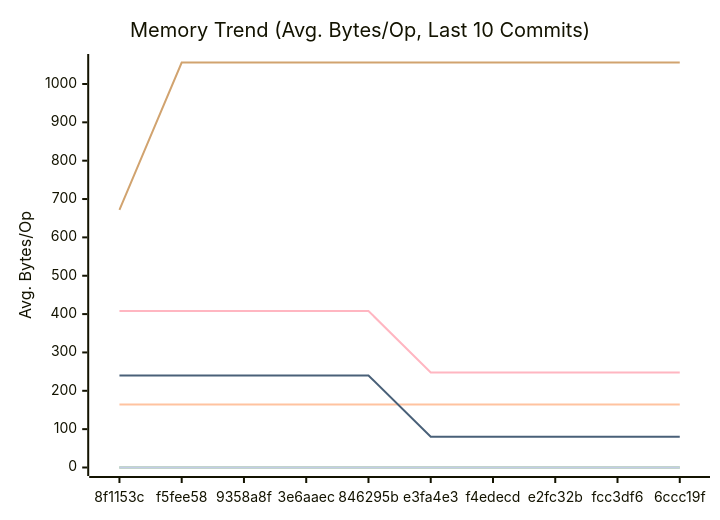
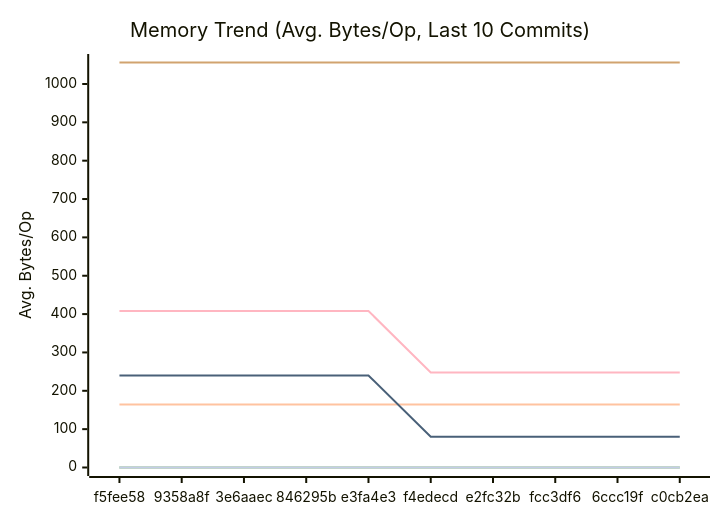
Before and after one commit to alsotoes/momo: the second of 3 diagrams in docs/PERFORMANCE.md, drawn with Mermaid. The commit also changed other lines of this file and 2 other files, not shown here.

````diff
--- a/docs/PERFORMANCE.md
+++ b/docs/PERFORMANCE.md
@@ -97,16 +97,16 @@
 ```mermaid
 xychart-beta
     title "Memory Trend (Avg. Bytes/Op, Last 10 Commits)"
     x-axis "Commit"
     y-axis "Avg. Bytes/Op"
-    x-axis [8f1153c,f5fee58,9358a8f,3e6aaec,846295b,e3fa4e3,f4edecd,e2fc32b,fcc3df6,6ccc19f]
+    x-axis [f5fee58,9358a8f,3e6aaec,846295b,e3fa4e3,f4edecd,e2fc32b,fcc3df6,6ccc19f,c0cb2ea]
     line "CheckMetricsAndSwap" [0,0,0,0,0,0,0,0,0,0]
     line "CrushOptimized" [0,0,0,0,0,0,0,0,0,0]
     line "CrushOriginal" [164,164,164,164,164,164,164,164,164,164]
     line "IndexDirectTracking" [0,0,0,0,0,0,0,0,0,0]
     line "IndexSearch" [0,0,0,0,0,0,0,0,0,0]
-    line "LoadGlobalConfig" [672,1056,1056,1056,1056,1056,1056,1056,1056,1056]
+    line "LoadGlobalConfig" [1056,1056,1056,1056,1056,1056,1056,1056,1056,1056]
     line "PadString" [0,0,0,0,0,0,0,0,0,0]
     line "ParseReplicationOrder_NoPrealloc" [408,408,408,408,408,248,248,248,248,248]
     line "ParseReplicationOrder_Prealloc" [240,240,240,240,240,80,80,80,80,80]
 ```
````
